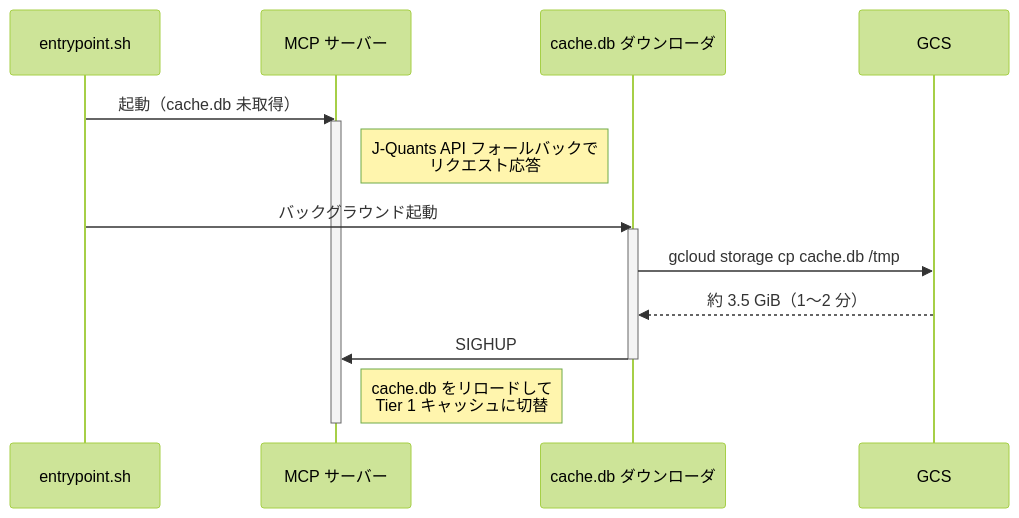
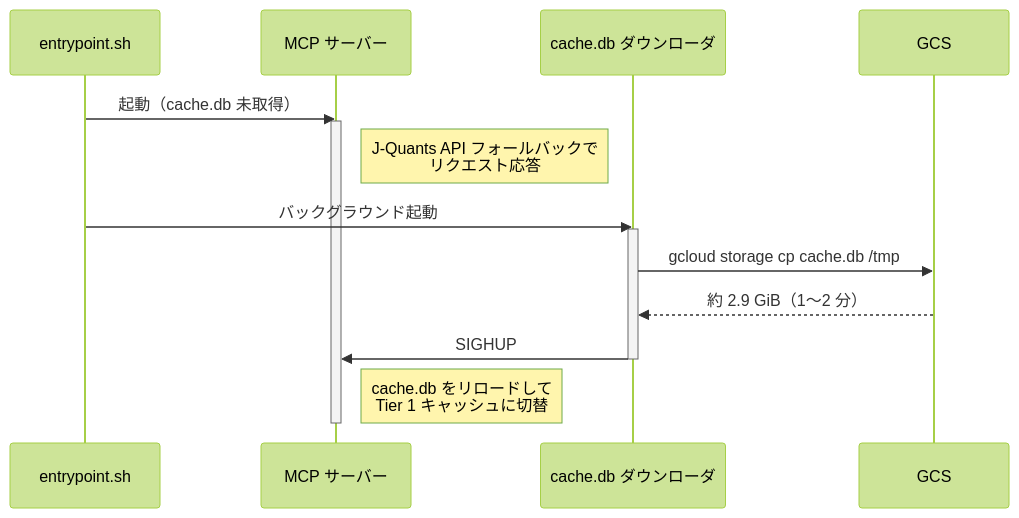
The second of 4 diagrams in README.ja.md (shigechika/jquants-mcp), drawn with Mermaid (forest theme) before and after one commit. The commit also changed other lines of this file and 1 other file, not shown here.

````diff
--- a/README.ja.md
+++ b/README.ja.md
@@ -784,19 +784,19 @@
 ```mermaid
 sequenceDiagram
     participant E as entrypoint.sh
     participant M as MCP サーバー
     participant D as cache.db ダウンローダ
     participant G as GCS
 
     E->>M: 起動（cache.db 未取得）
     activate M
     Note right of M: J-Quants API フォールバックで<br/>リクエスト応答
     E->>D: バックグラウンド起動
     activate D
     D->>G: gcloud storage cp cache.db /tmp
-    G-->>D: 約 3.5 GiB（1〜2 分）
+    G-->>D: 約 2.9 GiB（1〜2 分）
     D->>M: SIGHUP
     deactivate D
     Note right of M: cache.db をリロードして<br/>Tier 1 キャッシュに切替
     deactivate M
 ```
````
